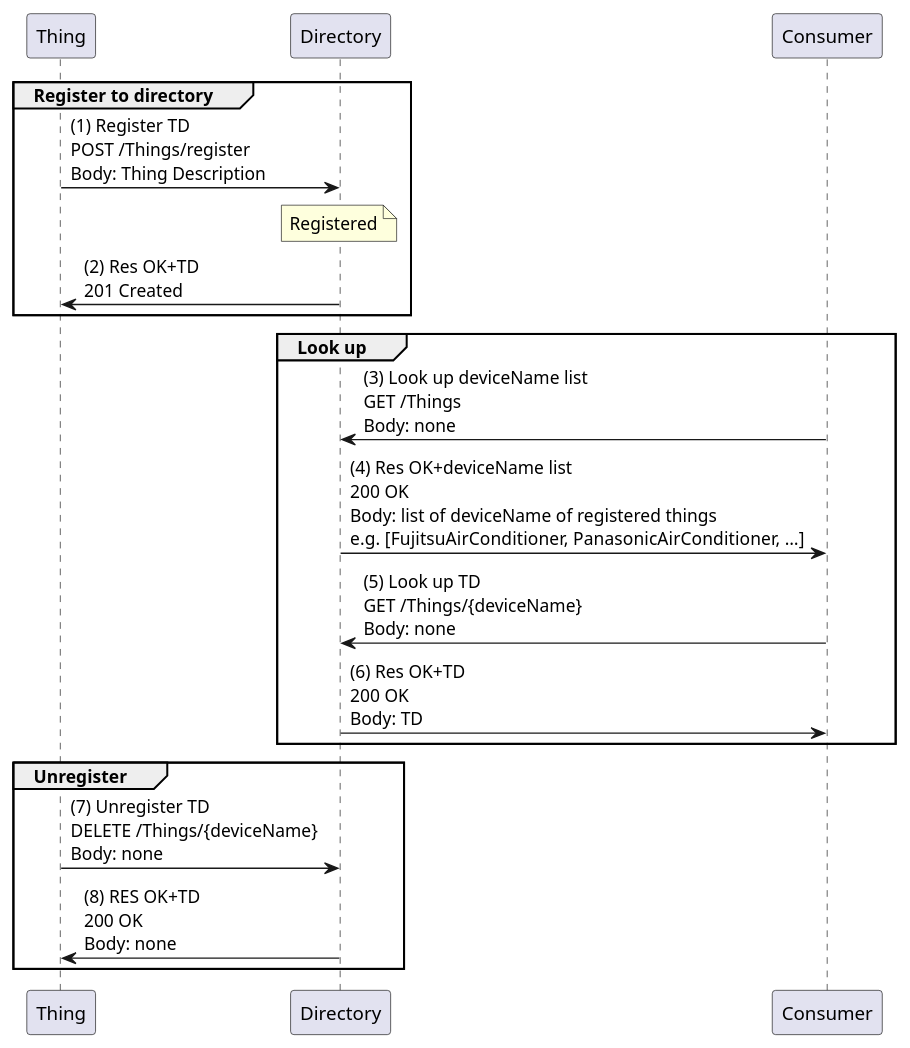
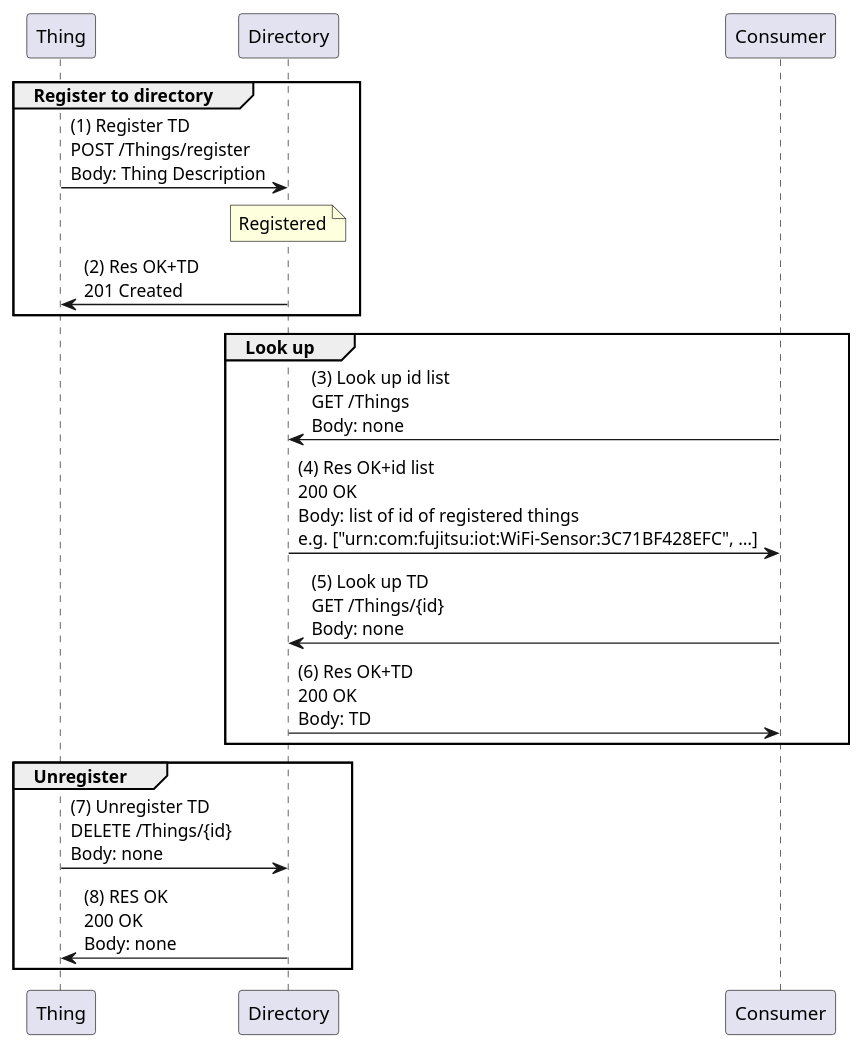
Before and after one commit to w3c/wot-discovery: the diagram in prior-work/fujitsu/fujitsu_seq_register1.puml, drawn with PlantUML. The commit also changed 3 other files, not shown here.

Commit message:
update sequence diagrams

```diff
--- a/prior-work/fujitsu/fujitsu_seq_register1.puml
+++ b/prior-work/fujitsu/fujitsu_seq_register1.puml
@@ -1,22 +1,22 @@
 @startuml
 skinparam defaultFontName "Noto Sans"
 participant "Thing" as Thing
 participant "Directory" as Directory
 participant "Consumer" as Consumer
 
 group Register to directory
     Thing -> Directory : (1) Register TD\nPOST /Things/register\nBody: Thing Description
     note over Directory : Registered
     Directory -> Thing : (2) Res OK+TD\n201 Created
 end
 group Look up 
-    Consumer -> Directory : (3) Look up deviceName list\nGET /Things\nBody: none
-    Directory -> Consumer : (4) Res OK+deviceName list\n200 OK\nBody: list of deviceName of registered things\ne.g. [FujitsuAirConditioner, PanasonicAirConditioner, …]
-    Consumer -> Directory : (5) Look up TD\nGET /Things/{deviceName}\nBody: none
+    Consumer -> Directory : (3) Look up id list\nGET /Things\nBody: none
+    Directory -> Consumer : (4) Res OK+id list\n200 OK\nBody: list of id of registered things\ne.g. ["urn:com:fujitsu:iot:WiFi-Sensor:3C71BF428EFC", …]
+    Consumer -> Directory : (5) Look up TD\nGET /Things/{id}\nBody: none
     Directory -> Consumer : (6) Res OK+TD\n200 OK\nBody: TD
 end
 group Unregister
-    Thing -> Directory : (7) Unregister TD\nDELETE /Things/{deviceName}\nBody: none
-    Directory -> Thing : (8) RES OK+TD\n200 OK\nBody: none
+    Thing -> Directory : (7) Unregister TD\nDELETE /Things/{id}\nBody: none
+    Directory -> Thing : (8) RES OK\n200 OK\nBody: none
 end
 @enduml
```
